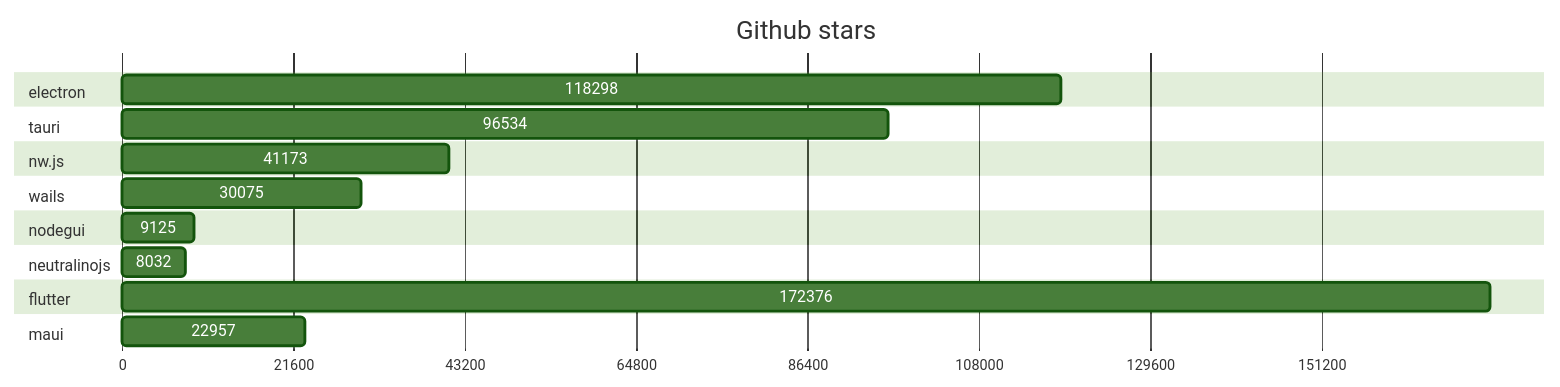
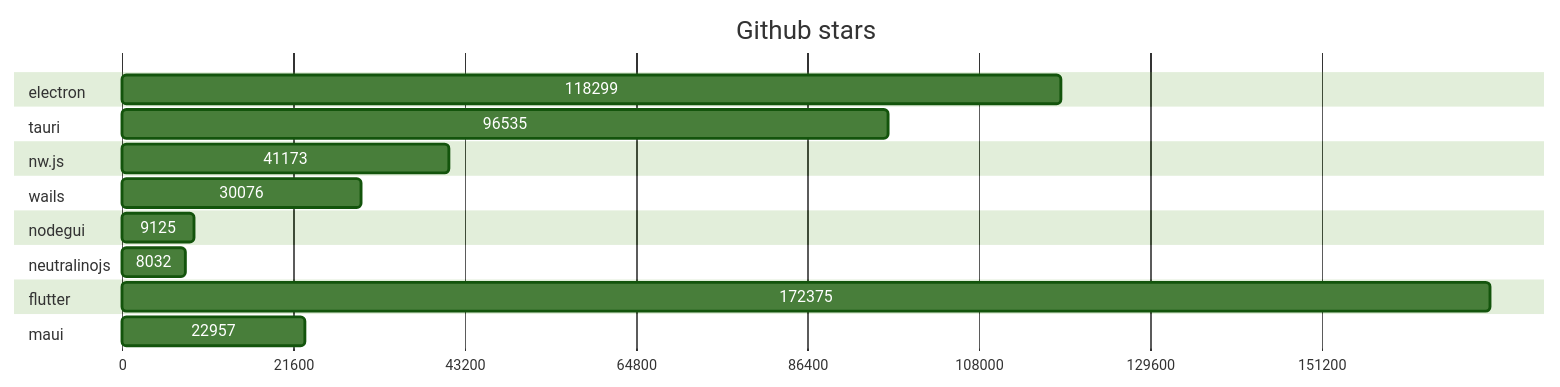
One commit to Elanis/web-to-desktop-framework-comparison changed the first of 2 diagrams in GRAPHS.md. Above: the diagram before and after it, drawn with Mermaid (forest theme). The commit also changed other lines of this file and 1 other file, not shown here.

Commit message:
Update stars & Fork

````diff
--- a/GRAPHS.md
+++ b/GRAPHS.md
@@ -5,40 +5,40 @@
 ```mermaid
 gantt
     title Github stars
     dateFormat  X
     axisFormat %s
 
 
 	section electron
-	118298 : 0, 118298
+	118299 : 0, 118299
 
 	
 	section tauri
-	96534 : 0, 96534
+	96535 : 0, 96535
 
 	
 	section nw.js
 	41173 : 0, 41173
 
 	
 	section wails
-	30075 : 0, 30075
+	30076 : 0, 30076
 
 	
 	section nodegui
 	9125 : 0, 9125
 
 	
 	section neutralinojs
 	8032 : 0, 8032
 
 	
 	section flutter
-	172376 : 0, 172376
+	172375 : 0, 172375
 
 	
 	section maui
 	22957 : 0, 22957
 
 	
 ```
````
